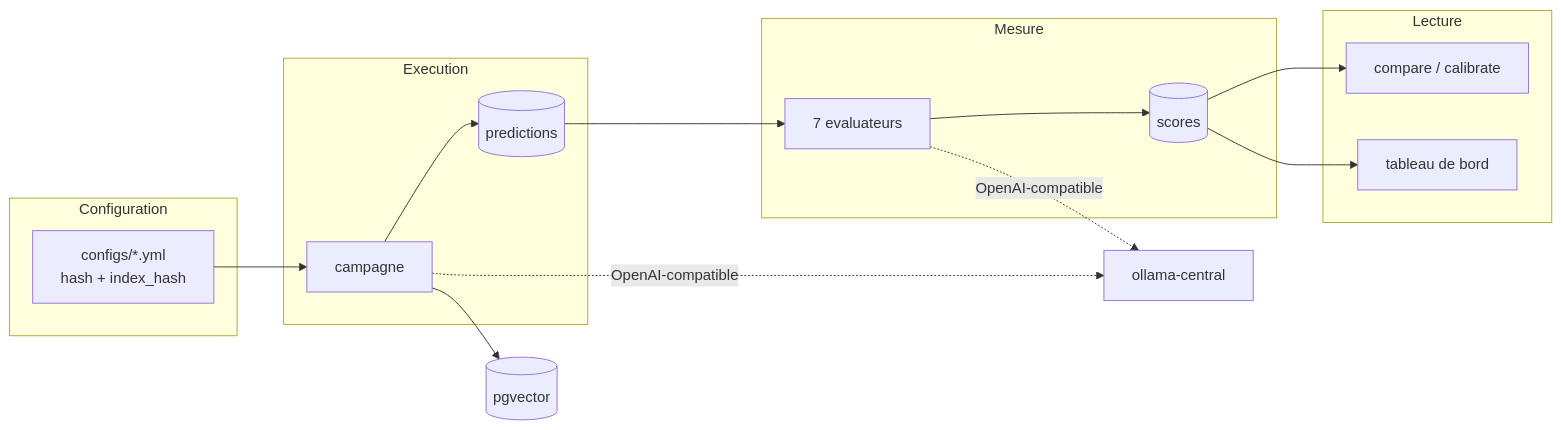
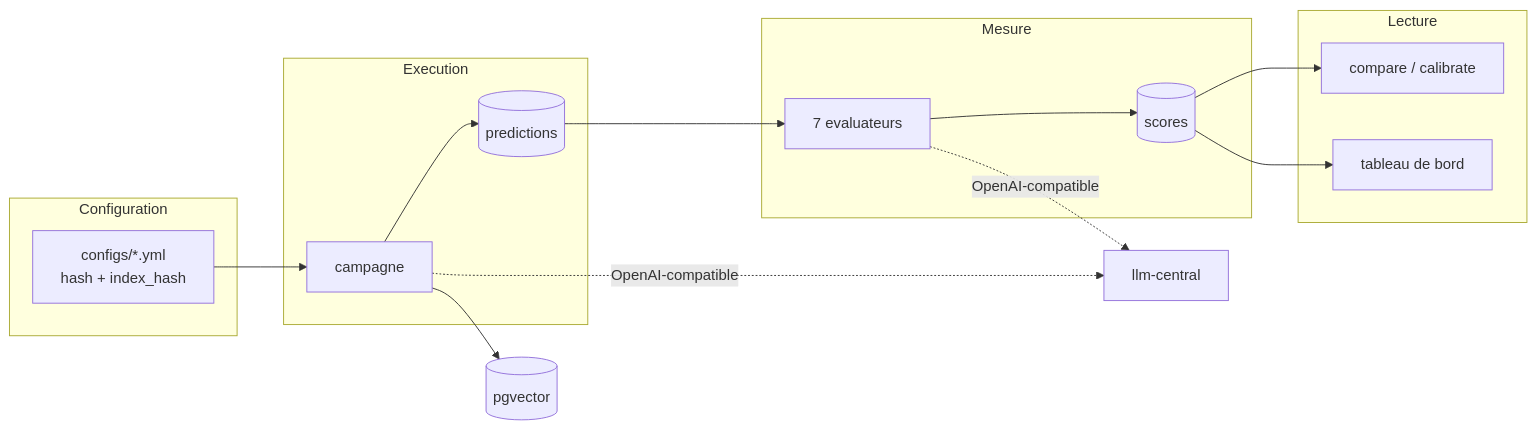
The diagram in README.md (floSa/RAG-Eval-Bench), drawn with Mermaid before and after one commit. The commit also changed other lines of this file and 2 other files, not shown here.

Commit message:
Documentation : service LLM central (adresse, alias, clé), procédure de réindexation vers embed

````diff
--- a/README.md
+++ b/README.md
@@ -83,20 +83,20 @@
 ```mermaid
 flowchart LR
   subgraph Configuration
     cfg[configs/*.yml<br/>hash + index_hash]
   end
   subgraph Execution
     run[campagne] --> preds[(predictions)]
   end
   subgraph Mesure
     preds --> ev[7 evaluateurs] --> sc[(scores)]
   end
   subgraph Lecture
     sc --> cmp[compare / calibrate]
     sc --> dash[tableau de bord]
   end
   cfg --> run
   run --> pg[(pgvector)]
-  run -.->|OpenAI-compatible| llm[ollama-central]
+  run -.->|OpenAI-compatible| llm[llm-central]
   ev -.->|OpenAI-compatible| llm
 ```
````
